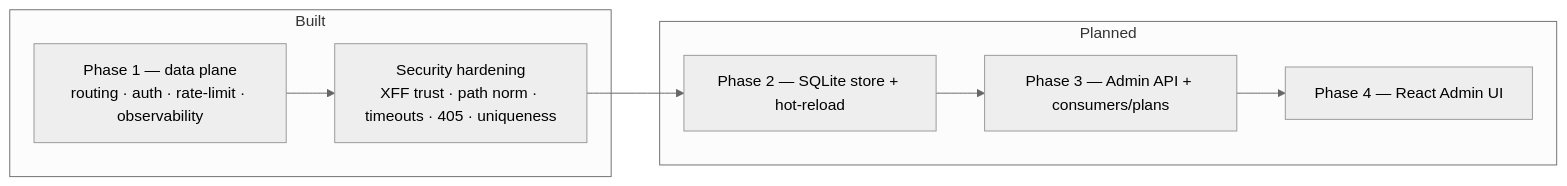
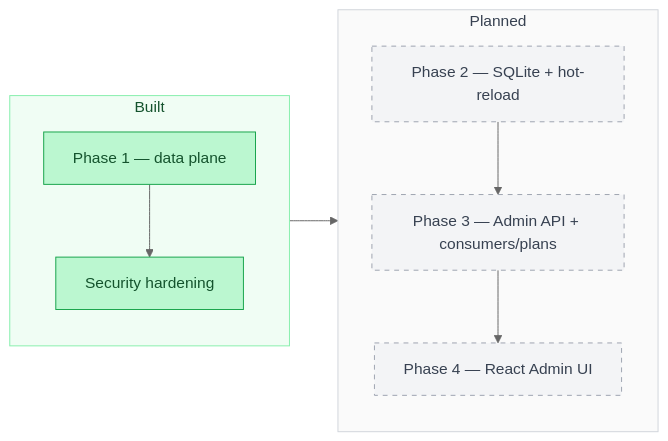
Diagram 15 of 15 in docs/architecture.md (mohabnazmy/API-Gateway), drawn with Mermaid (neutral theme) before and after one commit. The commit also changed other lines of this file, not shown here.

First line of the commit message:
docs: make architecture diagram-heavy and colored

````diff
--- a/docs/architecture.md
+++ b/docs/architecture.md
@@ -323,13 +469,22 @@
 ```mermaid
 flowchart LR
     subgraph done["Built"]
-        p1["Phase 1 — data plane<br/>routing · auth · rate-limit · observability"]
-        sec["Security hardening<br/>XFF trust · path norm · timeouts · 405 · uniqueness"]
+        direction TB
+        p1["Phase 1 — data plane"]:::ok
+        sec["Security hardening"]:::ok
+        p1 --> sec
     end
     subgraph next["Planned"]
-        p2["Phase 2 — SQLite store + hot-reload"]
-        p3["Phase 3 — Admin API + consumers/plans"]
-        p4["Phase 4 — React Admin UI"]
+        direction TB
+        p2["Phase 2 — SQLite + hot-reload"]:::planned
+        p3["Phase 3 — Admin API + consumers/plans"]:::planned
+        p4["Phase 4 — React Admin UI"]:::planned
+        p2 --> p3 --> p4
     end
-    p1 --> sec --> p2 --> p3 --> p4
+    sec --> p2
+
+    classDef ok fill:#bbf7d0,stroke:#16a34a,color:#14532d;
+    classDef planned fill:#f3f4f6,stroke:#9ca3af,color:#374151,stroke-dasharray:5 5;
+    style done fill:#f0fdf4,stroke:#86efac,color:#14532d;
+    style next fill:#fafafa,stroke:#d1d5db,color:#374151;
 ```
````
